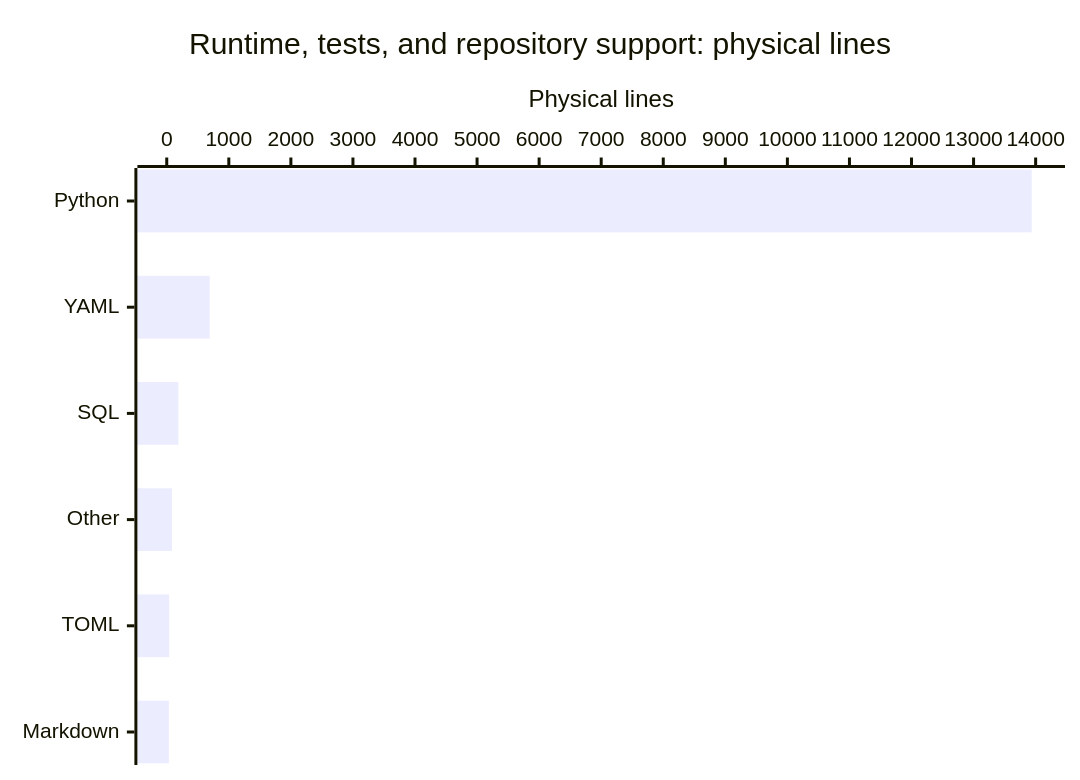
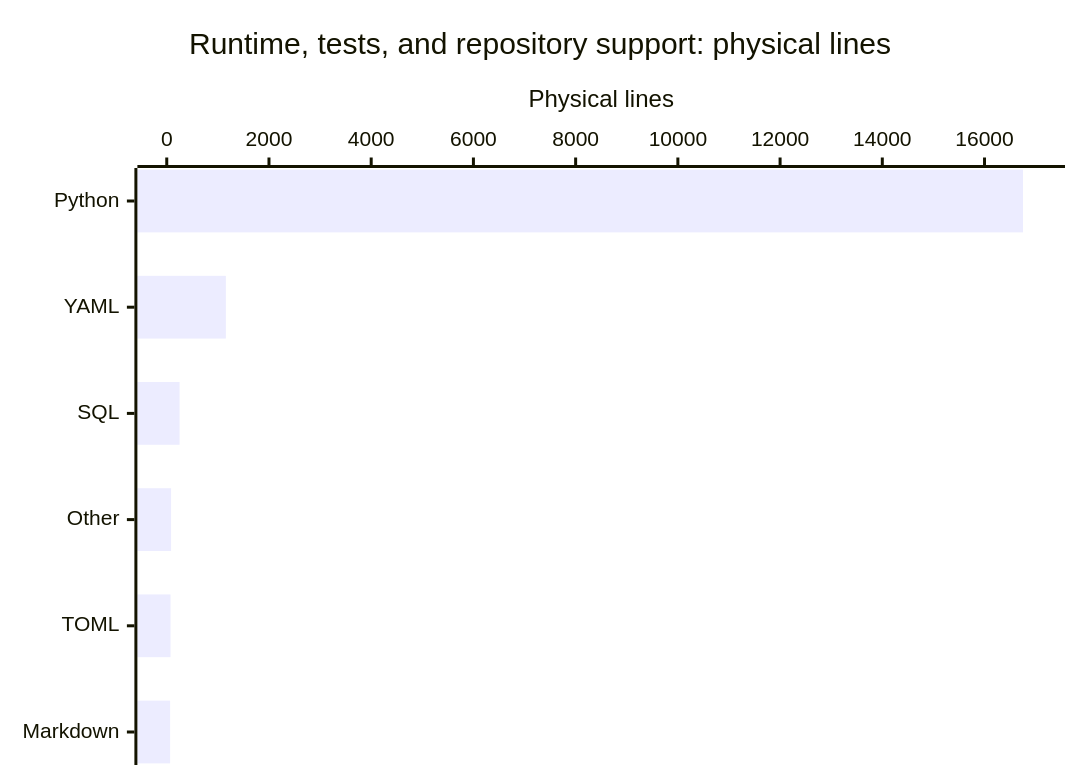
The diagram in droid-wiki/by-the-numbers.md (calisweetleaf/somnus-metadata), drawn with Mermaid before and after one commit. The commit also changed other lines of this file and 38 other files, not shown here.

````diff
--- a/droid-wiki/by-the-numbers.md
+++ b/droid-wiki/by-the-numbers.md
@@ -53,7 +23,7 @@
 ```mermaid
 xychart-beta horizontal
     title "Runtime, tests, and repository support: physical lines"
     x-axis ["Python", "YAML", "SQL", "Other", "TOML", "Markdown"]
-    y-axis "Physical lines" 0 --> 14000
-    bar [13936, 692, 187, 85, 39, 34]
+    y-axis "Physical lines" 0 --> 17000
+    bar [16753, 1157, 251, 85, 74, 66]
 ```
````
